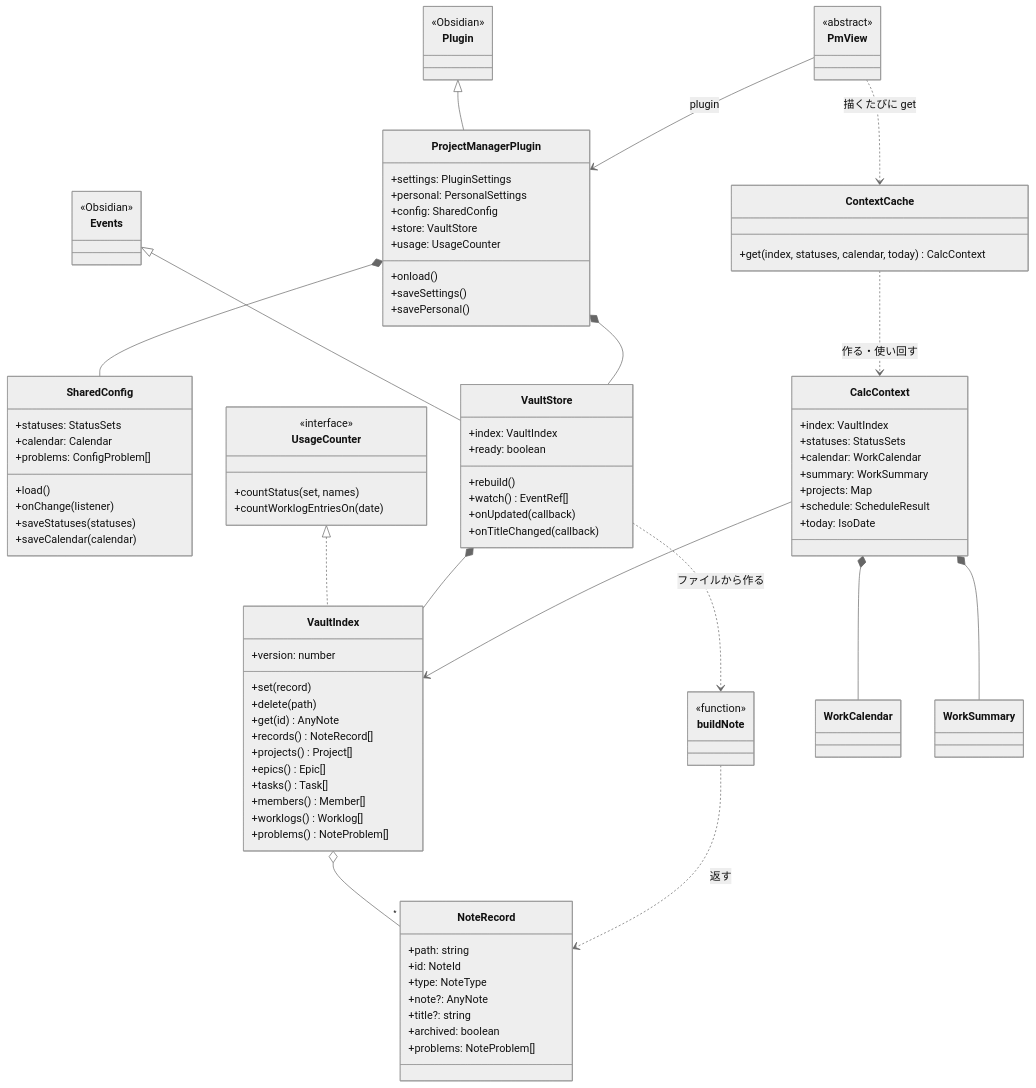
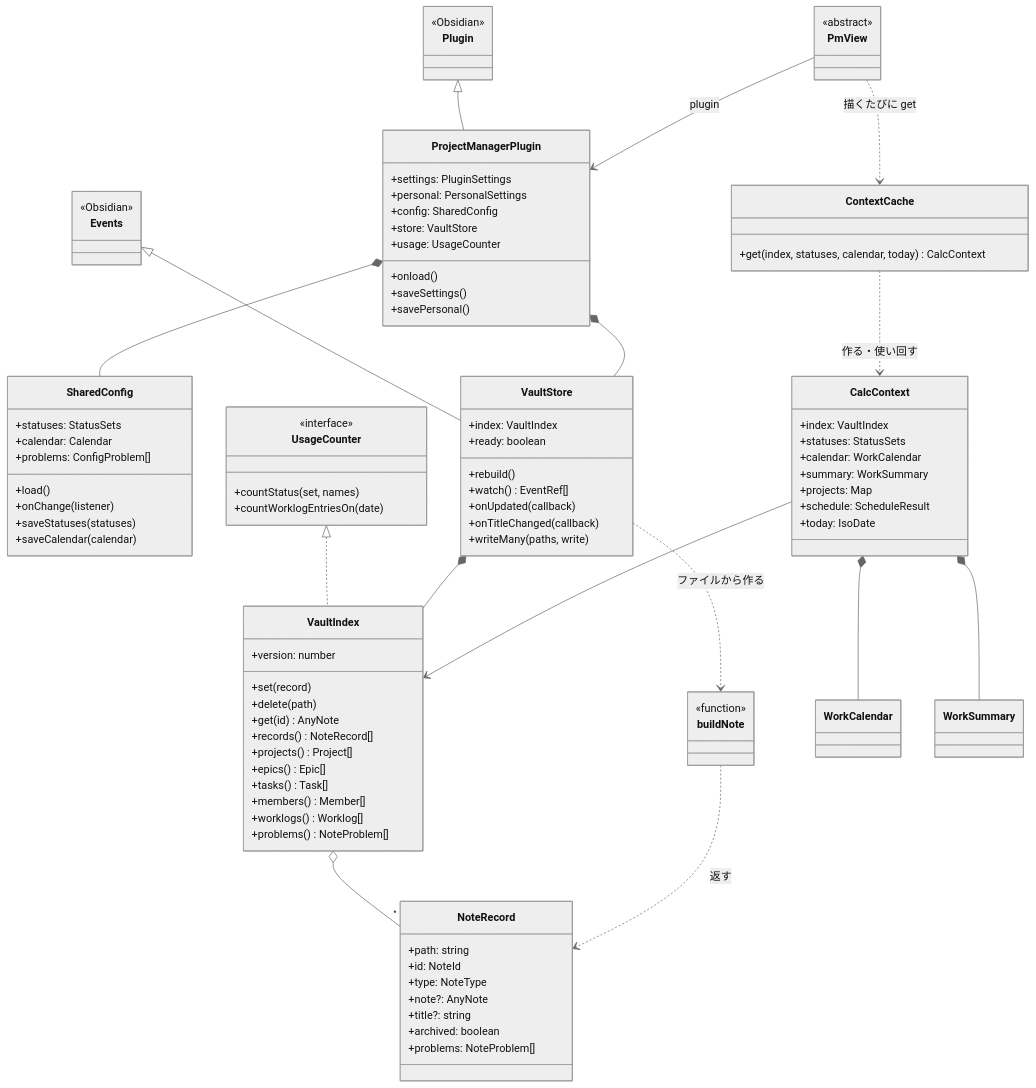
Before and after one commit to 2JO-code/2JO-dev-obsidian-pm-plugin: the first of 7 diagrams in docs/DIAGRAMS.md, drawn with Mermaid (neutral theme). The commit also changed other lines of this file and 33 other files, not shown here.

```diff
--- a/docs/DIAGRAMS.md
+++ b/docs/DIAGRAMS.md
@@ -51,6 +51,7 @@
 		+watch() EventRef[]
 		+onUpdated(callback)
 		+onTitleChanged(callback)
+		+writeMany(paths, write)
 	}
 	class VaultIndex {
 		+version: number
```
